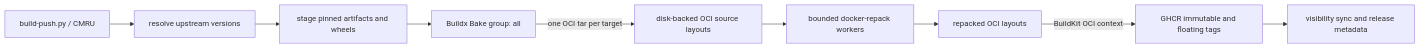
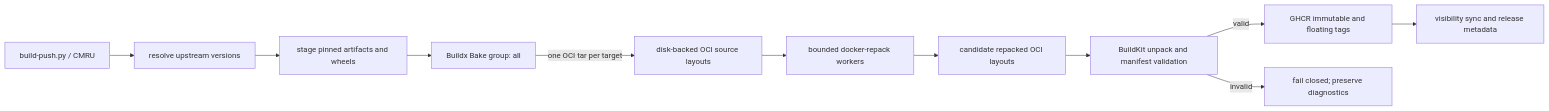
One commit to volkb79-2/vbpub changed the first of 2 diagrams in modern-debian-tools-python-debug/docs/BUILD-ARCHITECTURE.md. Above: the diagram before and after it, drawn with Mermaid. The commit also changed other lines of this file and 3 other files, not shown here.

````diff
--- a/modern-debian-tools-python-debug/docs/BUILD-ARCHITECTURE.md
+++ b/modern-debian-tools-python-debug/docs/BUILD-ARCHITECTURE.md
@@ -14,11 +16,13 @@
 ```mermaid
 flowchart LR
     A[build-push.py / CMRU] --> B[resolve upstream versions]
     B --> C[stage pinned artifacts and wheels]
     C --> D[Buildx Bake group: all]
     D -->|one OCI tar per target| E[disk-backed OCI source layouts]
     E --> F[bounded docker-repack workers]
-    F --> G[repacked OCI layouts]
-    G -->|BuildKit OCI context| H[GHCR immutable and floating tags]
+    F --> G[candidate repacked OCI layouts]
+    G --> V[BuildKit unpack and manifest validation]
+    V -->|valid| H[GHCR immutable and floating tags]
+    V -->|invalid| X[fail closed; preserve diagnostics]
     H --> I[visibility sync and release metadata]
 ```
````
